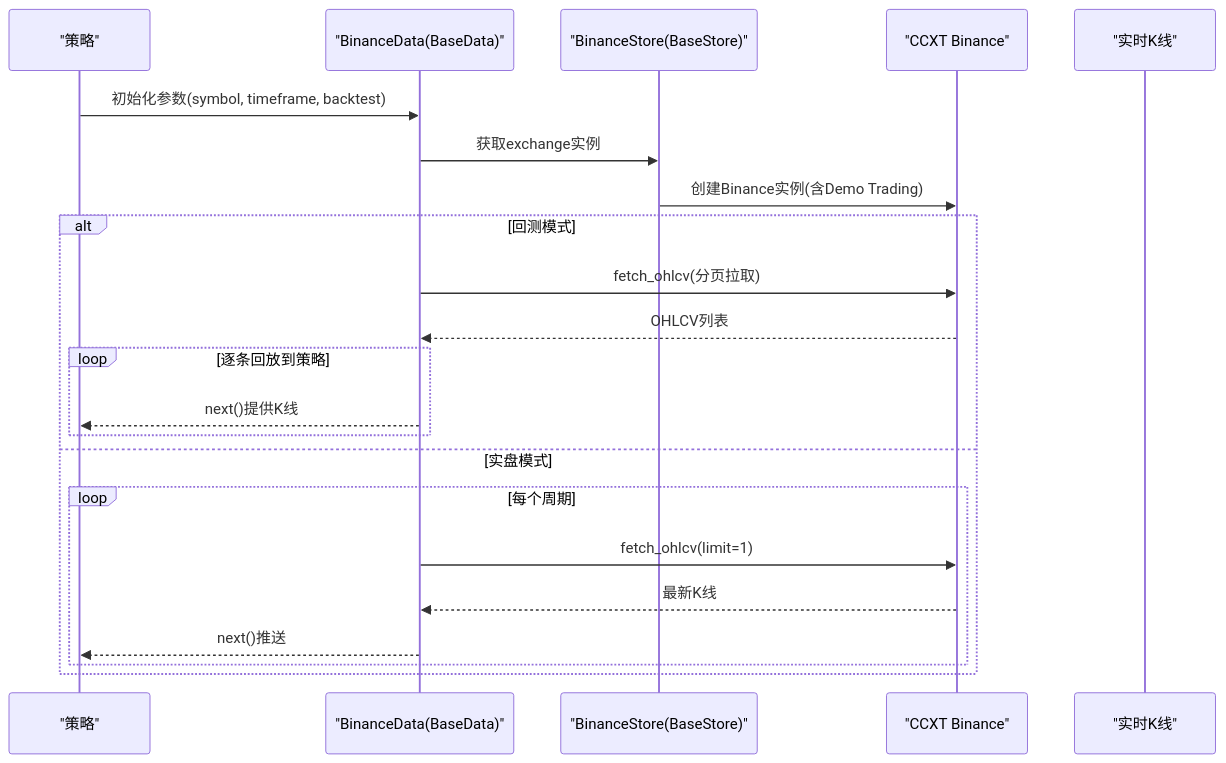
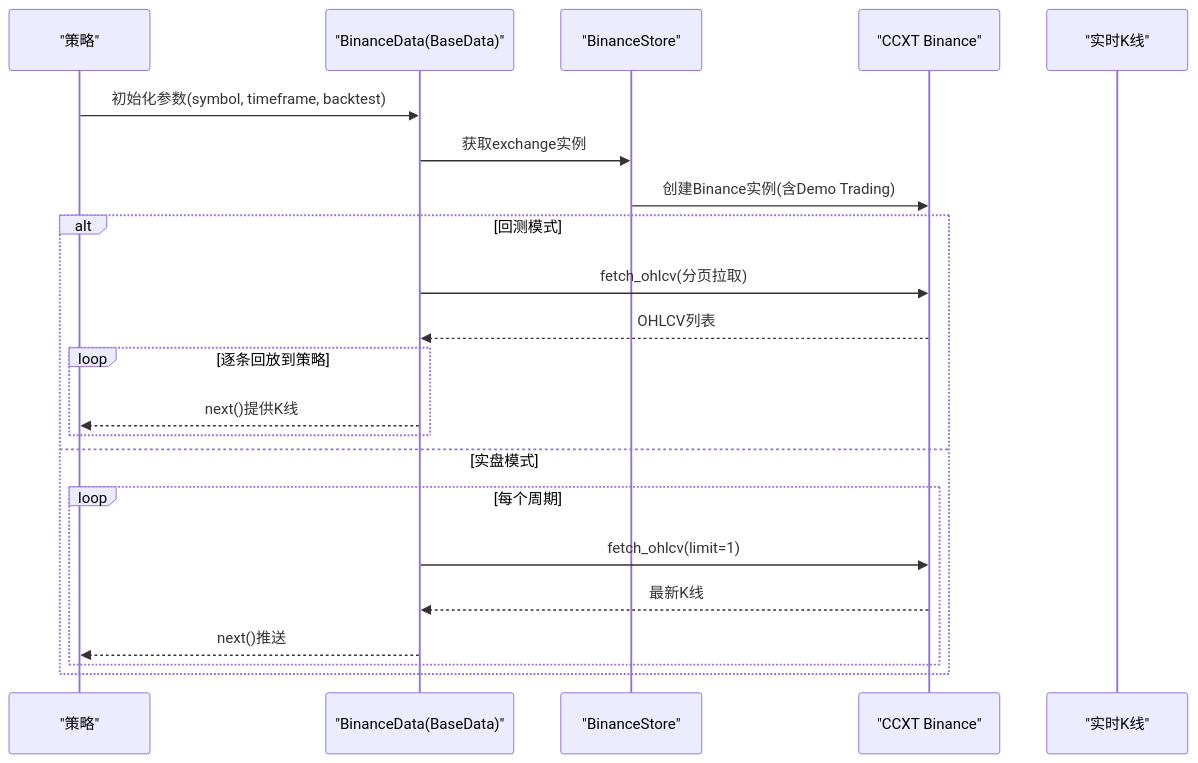
One commit to bench-prog/backtrader changed the second of 6 diagrams in .qoder/repowiki/zh/content/实盘交易模块/Binance交易所集成/BinanceDataFeed数据层.md. Above: the diagram before and after it, drawn with Mermaid. The commit also changed other lines of this file and 40 other files, not shown here.

````diff
--- a/.qoder/repowiki/zh/content/实盘交易模块/Binance交易所集成/BinanceDataFeed数据层.md
+++ b/.qoder/repowiki/zh/content/实盘交易模块/Binance交易所集成/BinanceDataFeed数据层.md
@@ -97,24 +108,24 @@
 ```mermaid
 sequenceDiagram
 participant Strat as "策略"
 participant Data as "BinanceData(BaseData)"
-participant Store as "BinanceStore(BaseStore)"
+participant Store as "BinanceStore"
 participant CCXT as "CCXT Binance"
 participant Live as "实时K线"
 Strat->>Data : 初始化参数(symbol, timeframe, backtest)
 Data->>Store : 获取exchange实例
 Store->>CCXT : 创建Binance实例(含Demo Trading)
 alt 回测模式
 Data->>CCXT : fetch_ohlcv(分页拉取)
 CCXT-->>Data : OHLCV列表
 loop 逐条回放到策略
 Data-->>Strat : next()提供K线
 end
 else 实盘模式
 loop 每个周期
 Data->>CCXT : fetch_ohlcv(limit=1)
 CCXT-->>Data : 最新K线
 Data-->>Strat : next()推送
 end
 end
 ```
````
